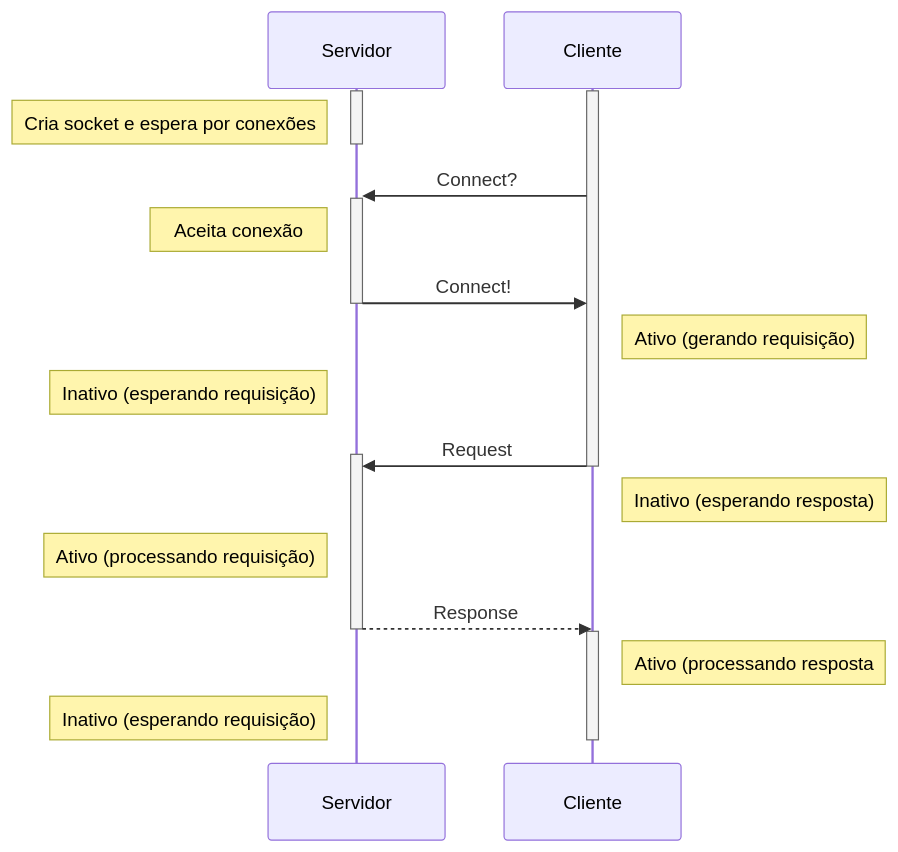
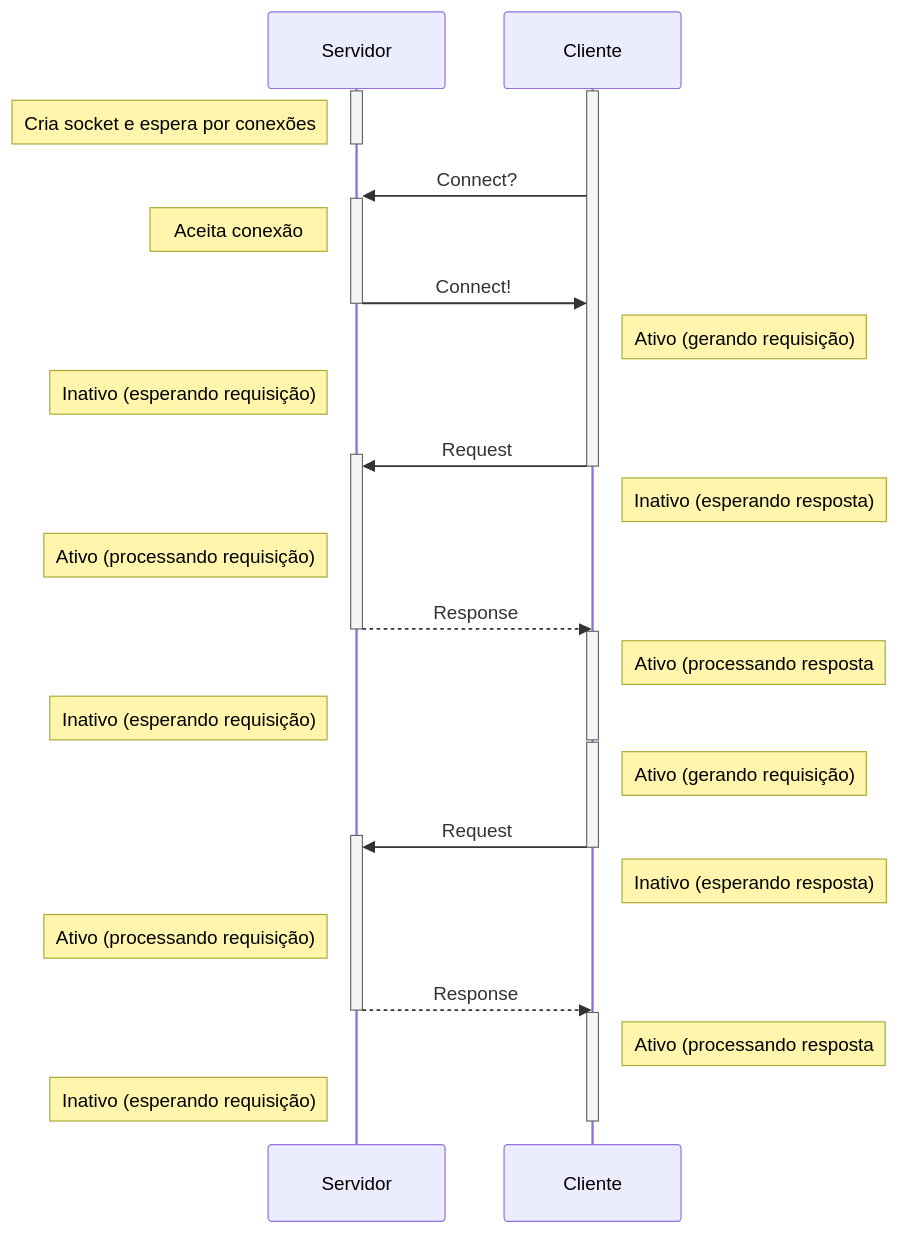
One commit to lasarojc/ds_notes changed the fourth of 4 diagrams in docs/arch/index.md. Above: the diagram before and after it, drawn with Mermaid. The commit also changed other lines of this file, not shown here.

````diff
--- a/docs/arch/index.md
+++ b/docs/arch/index.md
@@ -194,25 +184,38 @@
 ```mermaid
 sequenceDiagram
     activate Servidor
     activate Cliente
     note left of Servidor: Cria socket e espera por conexões
     deactivate Servidor
 
     Cliente->>+Servidor: Connect?
     note left of Servidor: Aceita conexão
     Servidor->>-Cliente: Connect!
 
 
 
     note right of Cliente: Ativo (gerando requisição)
     note left of Servidor: Inativo (esperando requisição)
     Cliente->>+Servidor: Request
     deactivate Cliente
     note right of Cliente: Inativo (esperando resposta)
     note left of Servidor: Ativo (processando requisição)
     Servidor-->>-Cliente: Response
     activate Cliente
     note right of Cliente: Ativo (processando resposta
     note left of Servidor: Inativo (esperando requisição)
     deactivate Cliente
+
+    activate Cliente
+    note right of Cliente: Ativo (gerando requisição)
+    Cliente->>+Servidor: Request
+    deactivate Cliente
+    note right of Cliente: Inativo (esperando resposta)
+    note left of Servidor: Ativo (processando requisição)
+    Servidor-->>-Cliente: Response
+    activate Cliente
+    note right of Cliente: Ativo (processando resposta
+    note left of Servidor: Inativo (esperando requisição)
+    deactivate Cliente
+
 ```
````
